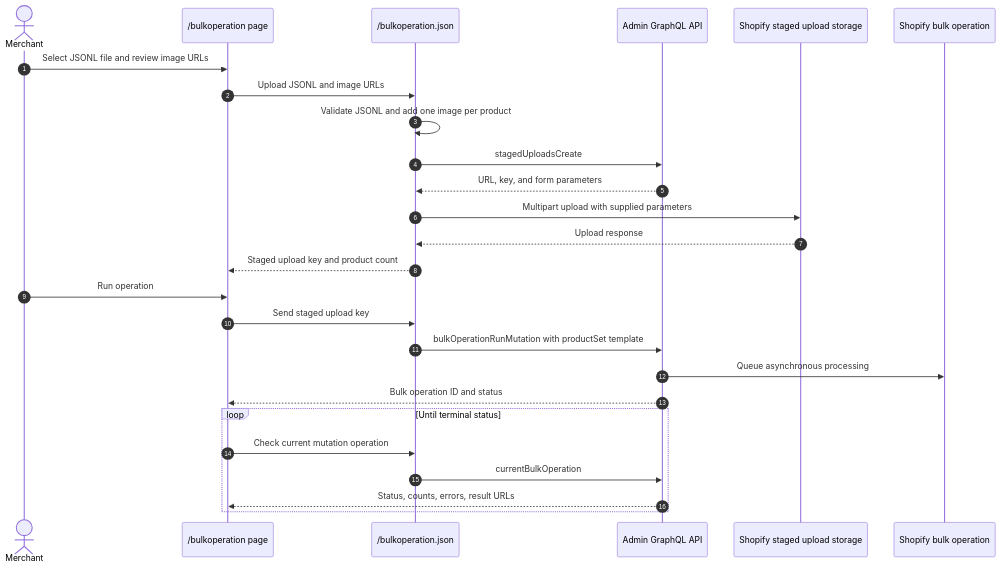
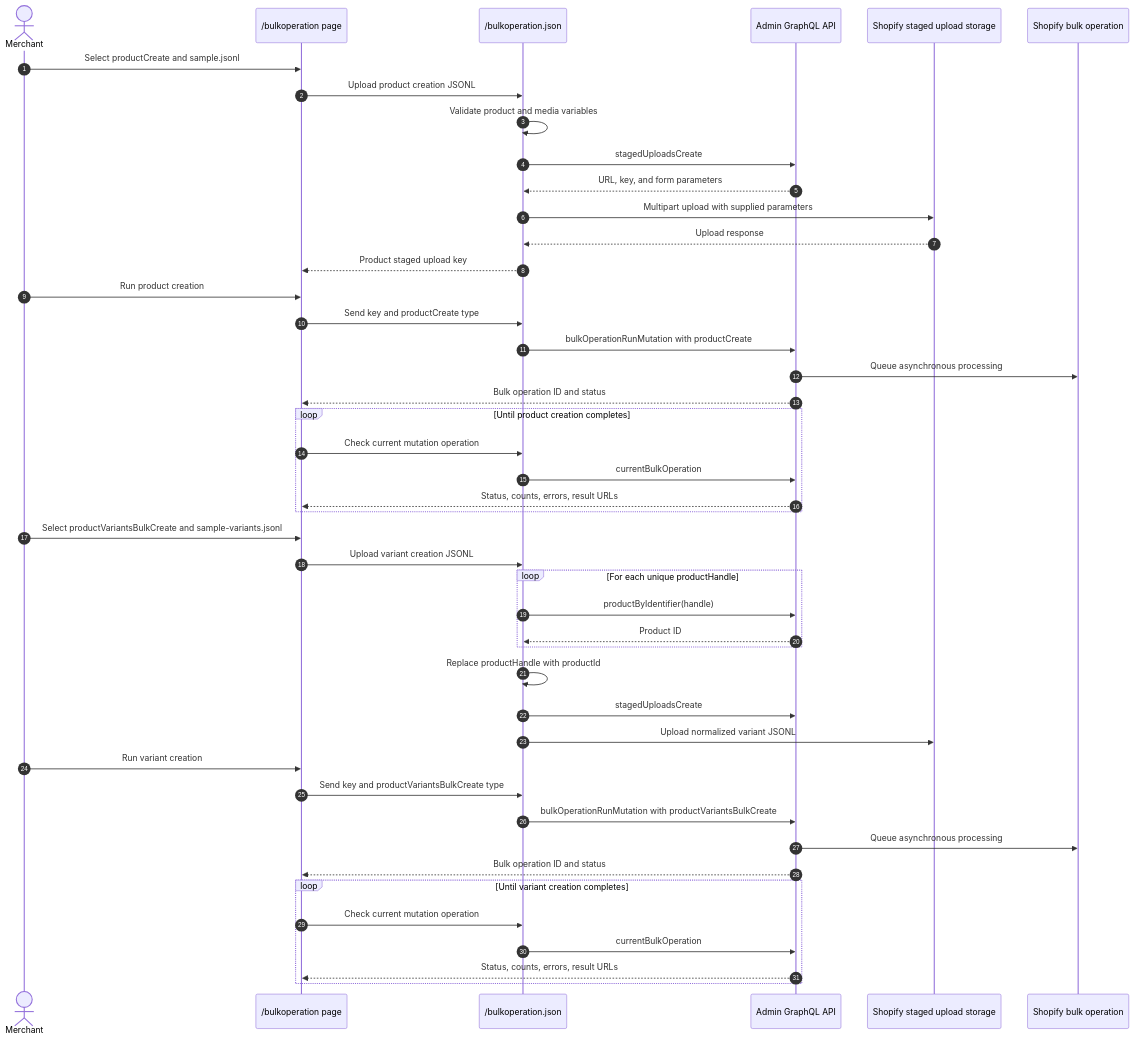
One commit to benzookapi/shopify-barebone-app-sample changed the diagram in docs/14-bulkoperation.md. Above: the diagram before and after it, drawn with Mermaid. The commit also changed other lines of this file and 5 other files, not shown here.

Commit message:
Add two-stage bulk product import sample

````diff
--- a/docs/14-bulkoperation.md
+++ b/docs/14-bulkoperation.md
@@ -15,29 +16,48 @@
 ```mermaid
 sequenceDiagram
     autonumber
     actor Merchant
     participant UI as /bulkoperation page
     participant App as /bulkoperation.json
     participant API as Admin GraphQL API
     participant Storage as Shopify staged upload storage
     participant Worker as Shopify bulk operation
 
-    Merchant->>UI: Select JSONL file and review image URLs
-    UI->>App: Upload JSONL and image URLs
-    App->>App: Validate JSONL and add one image per product
+    Merchant->>UI: Select productCreate and sample.jsonl
+    UI->>App: Upload product creation JSONL
+    App->>App: Validate product and media variables
     App->>API: stagedUploadsCreate
     API-->>App: URL, key, and form parameters
     App->>Storage: Multipart upload with supplied parameters
     Storage-->>App: Upload response
-    App-->>UI: Staged upload key and product count
-    Merchant->>UI: Run operation
-    UI->>App: Send staged upload key
-    App->>API: bulkOperationRunMutation with productSet template
+    App-->>UI: Product staged upload key
+    Merchant->>UI: Run product creation
+    UI->>App: Send key and productCreate type
+    App->>API: bulkOperationRunMutation with productCreate
     API->>Worker: Queue asynchronous processing
     API-->>UI: Bulk operation ID and status
-    loop Until terminal status
+    loop Until product creation completes
+        UI->>App: Check current mutation operation
+        App->>API: currentBulkOperation
+        API-->>UI: Status, counts, errors, result URLs
+    end
+    Merchant->>UI: Select productVariantsBulkCreate and sample-variants.jsonl
+    UI->>App: Upload variant creation JSONL
+    loop For each unique productHandle
+        App->>API: productByIdentifier(handle)
+        API-->>App: Product ID
+    end
+    App->>App: Replace productHandle with productId
+    App->>API: stagedUploadsCreate
+    App->>Storage: Upload normalized variant JSONL
+    Merchant->>UI: Run variant creation
+    UI->>App: Send key and productVariantsBulkCreate type
+    App->>API: bulkOperationRunMutation with productVariantsBulkCreate
+    API->>Worker: Queue asynchronous processing
+    API-->>UI: Bulk operation ID and status
+    loop Until variant creation completes
         UI->>App: Check current mutation operation
         App->>API: currentBulkOperation
         API-->>UI: Status, counts, errors, result URLs
     end
 ```
````
